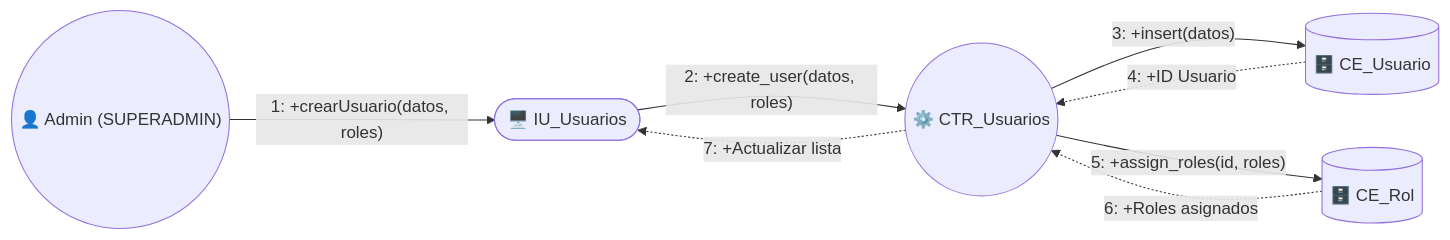
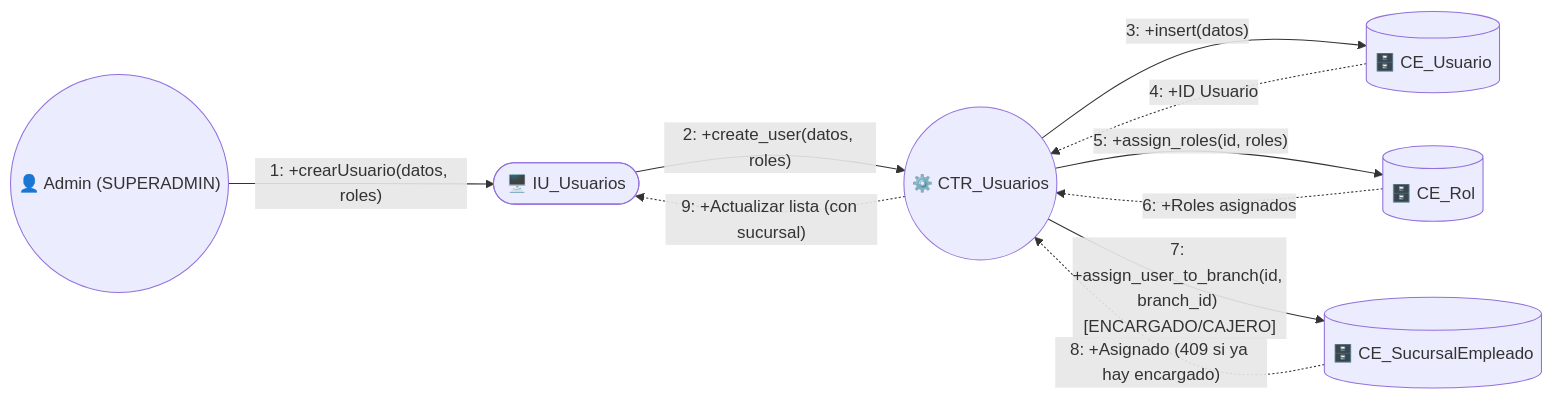
Diagram 13 of 53 in Ciclo1.md (jc-larry/ecommerce-fashionstore), drawn with Mermaid before and after one commit. The commit also changed other lines of this file and 267 other files, not shown here.

````diff
--- a/Ciclo1.md
+++ b/Ciclo1.md
@@ -821,16 +926,18 @@
 ```mermaid
 flowchart LR
     Actor(("👤 Admin (SUPERADMIN)"))
     IU(["🖥️ IU_Usuarios"])
     CTR(("⚙️ CTR_Usuarios"))
     ENT[("🗄️ CE_Usuario")]
     ENT_R[("🗄️ CE_Rol")]
 
     Actor -- "1: +crearUsuario(datos, roles)" --> IU
     IU -- "2: +create_user(datos, roles)" --> CTR
     CTR -- "3: +insert(datos)" --> ENT
     ENT -. "4: +ID Usuario" .-> CTR
     CTR -- "5: +assign_roles(id, roles)" --> ENT_R
     ENT_R -. "6: +Roles asignados" .-> CTR
-    CTR -. "7: +Actualizar lista" .-> IU
+    CTR -- "7: +assign_user_to_branch(id, branch_id) [ENCARGADO/CAJERO]" --> ENT_B[("🗄️ CE_SucursalEmpleado")]
+    ENT_B -. "8: +Asignado (409 si ya hay encargado)" .-> CTR
+    CTR -. "9: +Actualizar lista (con sucursal)" .-> IU
 ```
````
